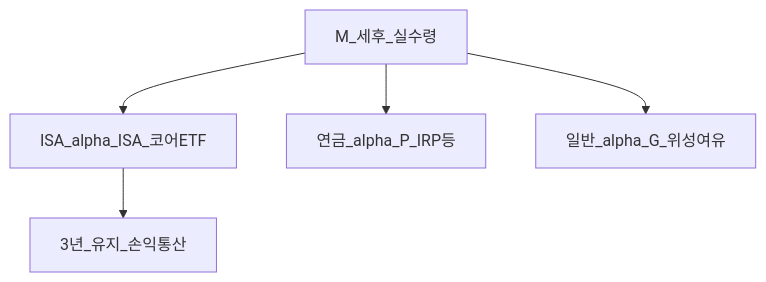
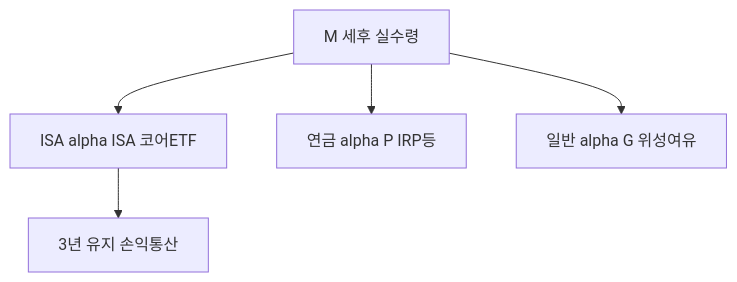
The second of 2 diagrams in 00-roadmap/office-worker-investing-playbook.md (goldanghenry/Finances), drawn with Mermaid before and after one commit. The commit also changed other lines of this file and 211 other files, not shown here.

````diff
--- a/00-roadmap/office-worker-investing-playbook.md
+++ b/00-roadmap/office-worker-investing-playbook.md
@@ -186,7 +189,7 @@
 ```mermaid
 flowchart TD
-  Pay[M_세후_실수령] --> ISA[ISA_alpha_ISA_코어ETF]
-  Pay --> Pen[연금_alpha_P_IRP등]
-  Pay --> Gen[일반_alpha_G_위성여유]
-  ISA --> Hold[3년_유지_손익통산]
+  Pay["M 세후 실수령"] --> ISA["ISA alpha ISA 코어ETF"]
+  Pay --> Pen["연금 alpha P IRP등"]
+  Pay --> Gen["일반 alpha G 위성여유"]
+  ISA --> Hold["3년 유지 손익통산"]
 ```
````
